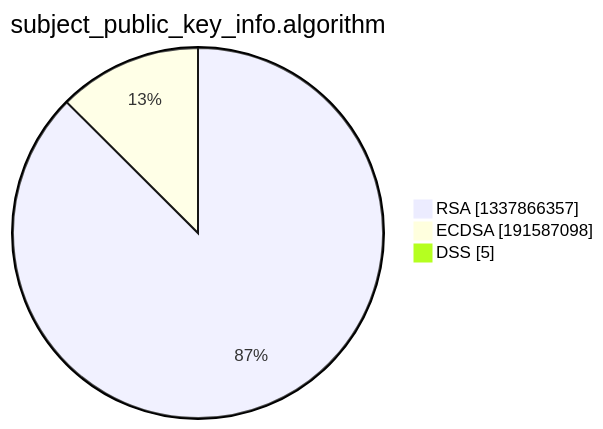
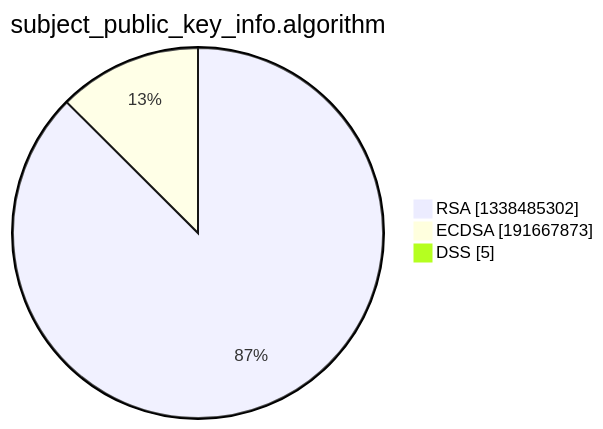
The third of 15 diagrams in xenon2022/README.md (christiankrug/ctmonitor_visualization), drawn with Mermaid before and after one commit. The commit also changed other lines of this file, not shown here.

````diff
--- a/xenon2022/README.md
+++ b/xenon2022/README.md
@@ -14,7 +14,7 @@
 ```mermaid
 pie showData
 title subject_public_key_info.algorithm
-"RSA" :1337866357
-"ECDSA" :191587098
+"RSA" :1338485302
+"ECDSA" :191667873
 "DSS" :5
 ```
````
